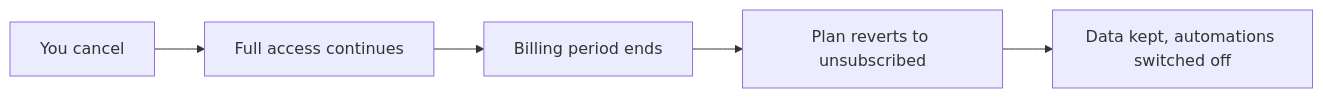
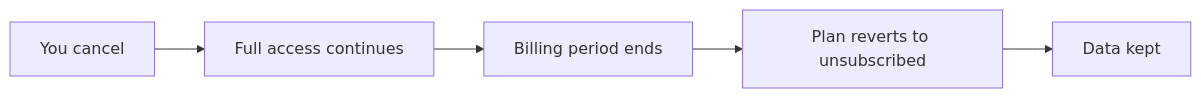
Before and after one commit to ishraq21/tradion-doc-site: the diagram in account/managing-subscription.mdx, drawn with Mermaid. The commit also changed other lines of this file and 68 other files, not shown here.

````diff
--- a/account/managing-subscription.mdx
+++ b/account/managing-subscription.mdx
@@ -78,7 +78,7 @@
 ```mermaid
 flowchart LR
     A["You cancel"] --> B["Full access continues"]
     B --> C["Billing period ends"]
     C --> D["Plan reverts to unsubscribed"]
-    D --> E["Data kept, automations switched off"]
+    D --> E["Data kept"]
 ```
````
